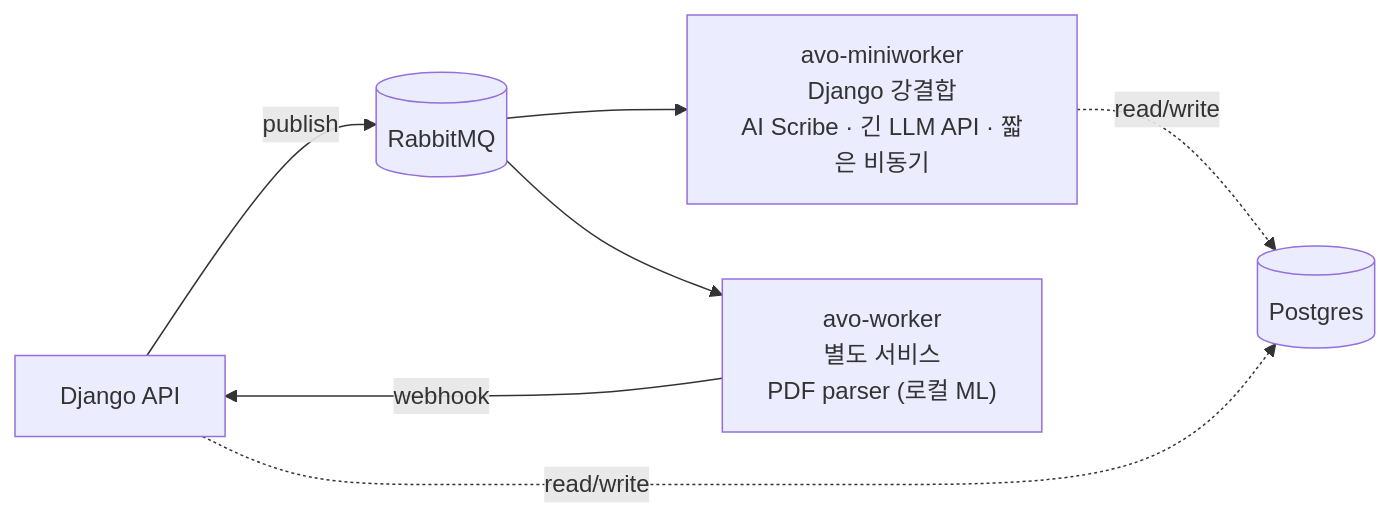
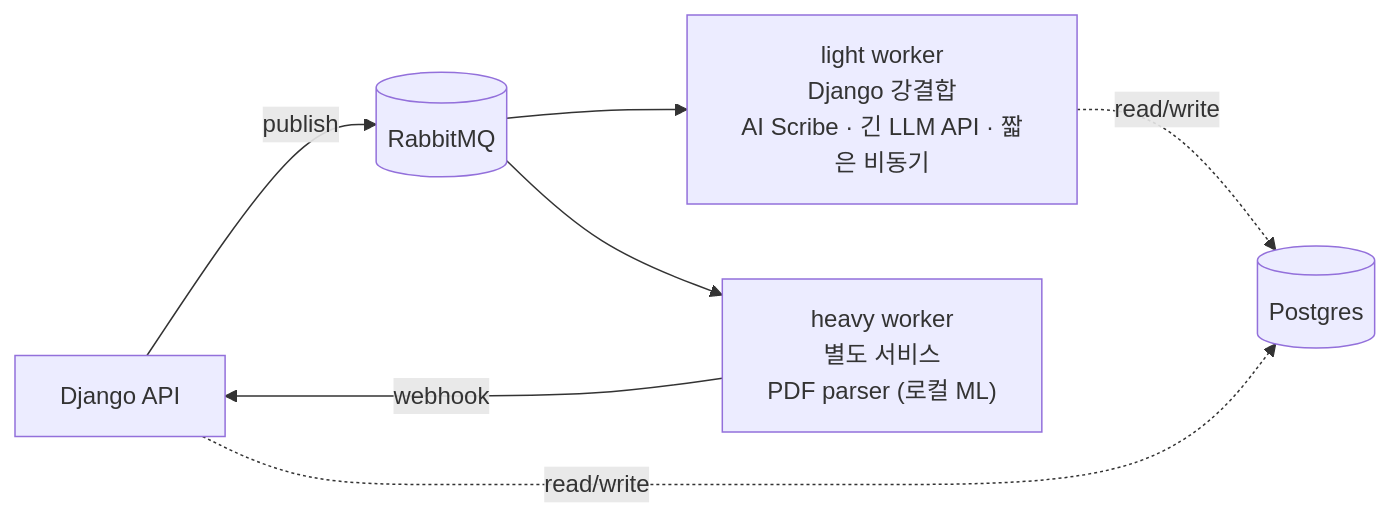
The third of 6 diagrams in _portfolio/portfolio.md (texasroh/texasroh.github.io), drawn with Mermaid before and after one commit. The commit also changed other lines of this file, not shown here.

First line of the commit message:
docs(portfolio): rename avo-* workers + drop 1.3 cross-link

````diff
--- a/_portfolio/portfolio.md
+++ b/_portfolio/portfolio.md
@@ -130,9 +129,9 @@
 ```mermaid
 flowchart LR
     API[Django API] -->|publish| MQ[(RabbitMQ)]
-    MQ --> MW["avo-miniworker<br/>Django 강결합<br/>AI Scribe · 긴 LLM API · 짧은 비동기"]
-    MQ --> ML["avo-worker<br/>별도 서비스<br/>PDF parser (로컬 ML)"]
+    MQ --> MW["light worker<br/>Django 강결합<br/>AI Scribe · 긴 LLM API · 짧은 비동기"]
+    MQ --> ML["heavy worker<br/>별도 서비스<br/>PDF parser (로컬 ML)"]
     MW -.->|read/write| DB[(Postgres)]
     API -.->|read/write| DB
     ML -->|webhook| API
 ```
````
